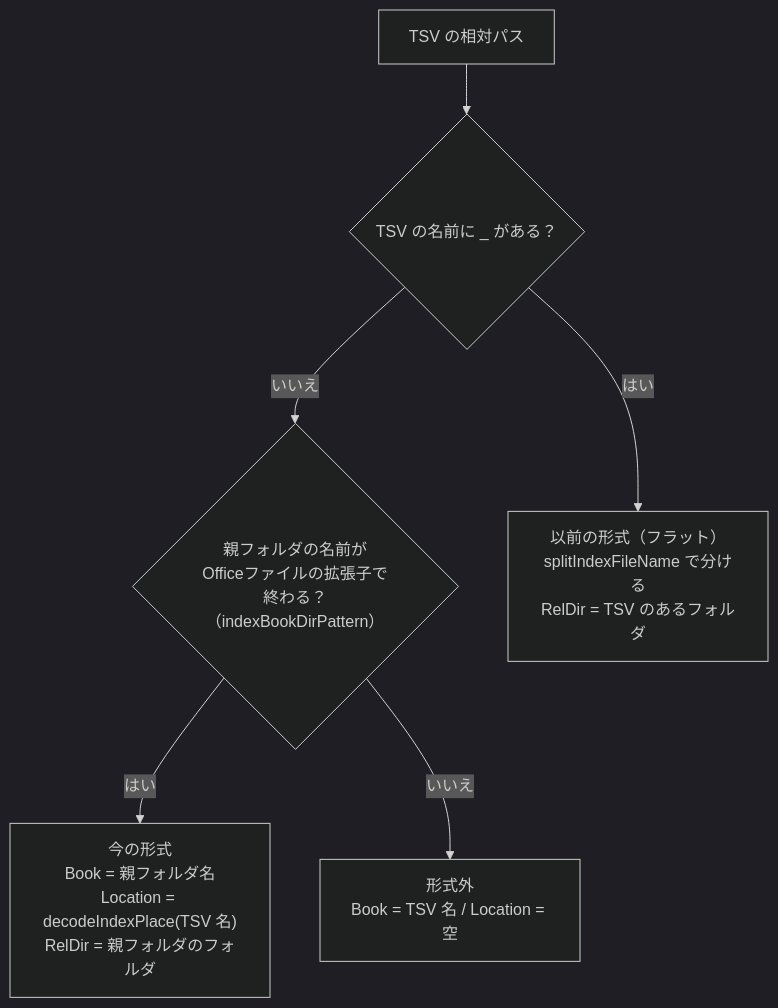
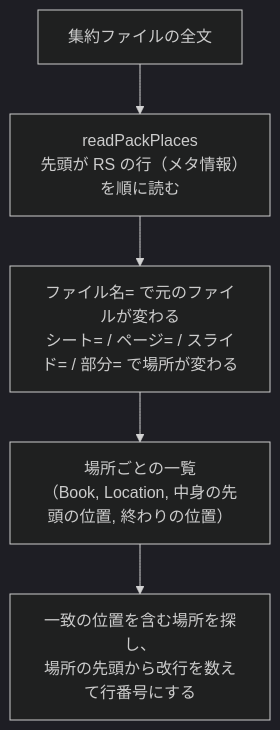
Before and after one commit to hsgwa/tebunko: the fifth of 5 diagrams in docs/02_検索.md, drawn with Mermaid (dark theme). The commit also changed other lines of this file and 53 other files, not shown here.

````diff
--- a/docs/02_検索.md
+++ b/docs/02_検索.md
@@ -240,8 +251,7 @@
 ```mermaid
 flowchart TD
-    A["TSV の相対パス"] --> B{"TSV の名前に _ がある？"}
-    B -- いいえ --> C{"親フォルダの名前が<br>Officeファイルの拡張子で終わる？<br>（indexBookDirPattern）"}
-    C -- はい --> D["今の形式<br>Book = 親フォルダ名<br>Location = decodeIndexPlace(TSV 名)<br>RelDir = 親フォルダのフォルダ"]
-    C -- いいえ --> E["形式外<br>Book = TSV 名 / Location = 空"]
-    B -- はい --> F["以前の形式（フラット）<br>splitIndexFileName で分ける<br>RelDir = TSV のあるフォルダ"]
+    A["集約ファイルの全文"] --> B["readPackPlaces<br>先頭が RS の行（メタ情報）を順に読む"]
+    B --> C["ファイル名= で元のファイルが変わる<br>シート= / ページ= / スライド= / 部分= で場所が変わる"]
+    C --> D["場所ごとの一覧<br>（Book, Location, 中身の先頭の位置, 終わりの位置）"]
+    D --> E["一致の位置を含む場所を探し、<br>場所の先頭から改行を数えて行番号にする"]
 ```
````
